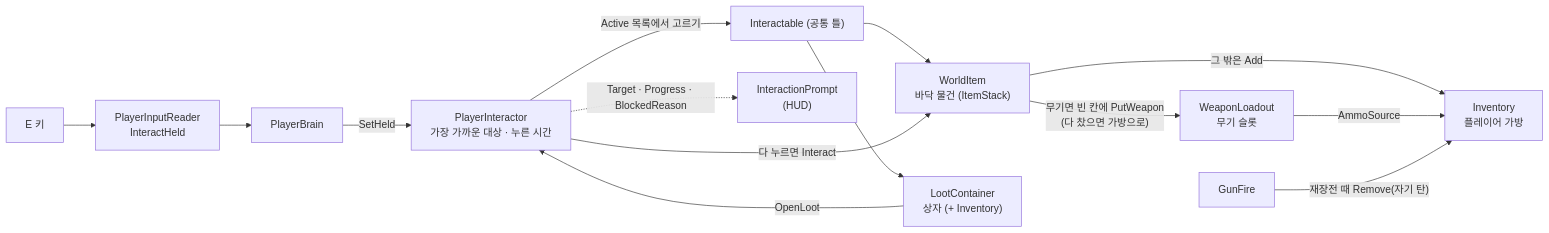
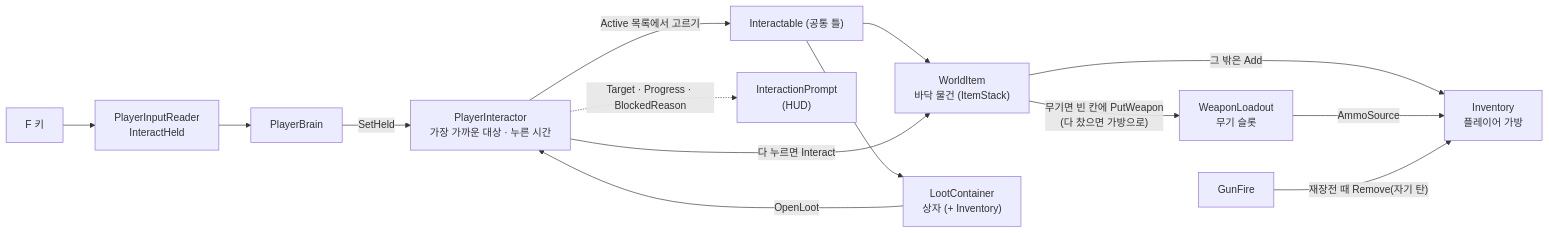
Before and after one commit to odyo0/project_dust_scrapper: the fourth of 10 diagrams in docs/코드-구조.md, drawn with Mermaid. The commit also changed other lines of this file and 24 other files, not shown here.

````diff
--- a/docs/코드-구조.md
+++ b/docs/코드-구조.md
@@ -216,16 +216,16 @@
 ```mermaid
 flowchart LR
-    E["E 키"] --> PIR["PlayerInputReader<br/>InteractHeld"]
+    E["F 키"] --> PIR["PlayerInputReader<br/>InteractHeld"]
     PIR --> PB["PlayerBrain"]
     PB -- "SetHeld" --> PI["PlayerInteractor<br/>가장 가까운 대상 · 누른 시간"]
     PI -- "Active 목록에서 고르기" --> IA["Interactable (공통 틀)"]
     IA --> WI["WorldItem<br/>바닥 물건 (ItemStack)"]
     PI -- "다 누르면 Interact" --> WI
     WI -- "무기면 빈 칸에 PutWeapon<br/>(다 찼으면 가방으로)" --> WL["WeaponLoadout<br/>무기 슬롯"]
     WI -- "그 밖은 Add" --> INV["Inventory<br/>플레이어 가방"]
     WL -- "AmmoSource" --> INV
     GUN["GunFire"] -- "재장전 때 Remove(자기 탄)" --> INV
     PI -. "Target · Progress · BlockedReason" .-> PR["InteractionPrompt<br/>(HUD)"]
     IA --> LC["LootContainer<br/>상자 (+ Inventory)"]
     LC -- "OpenLoot" --> PI
 ```
````
